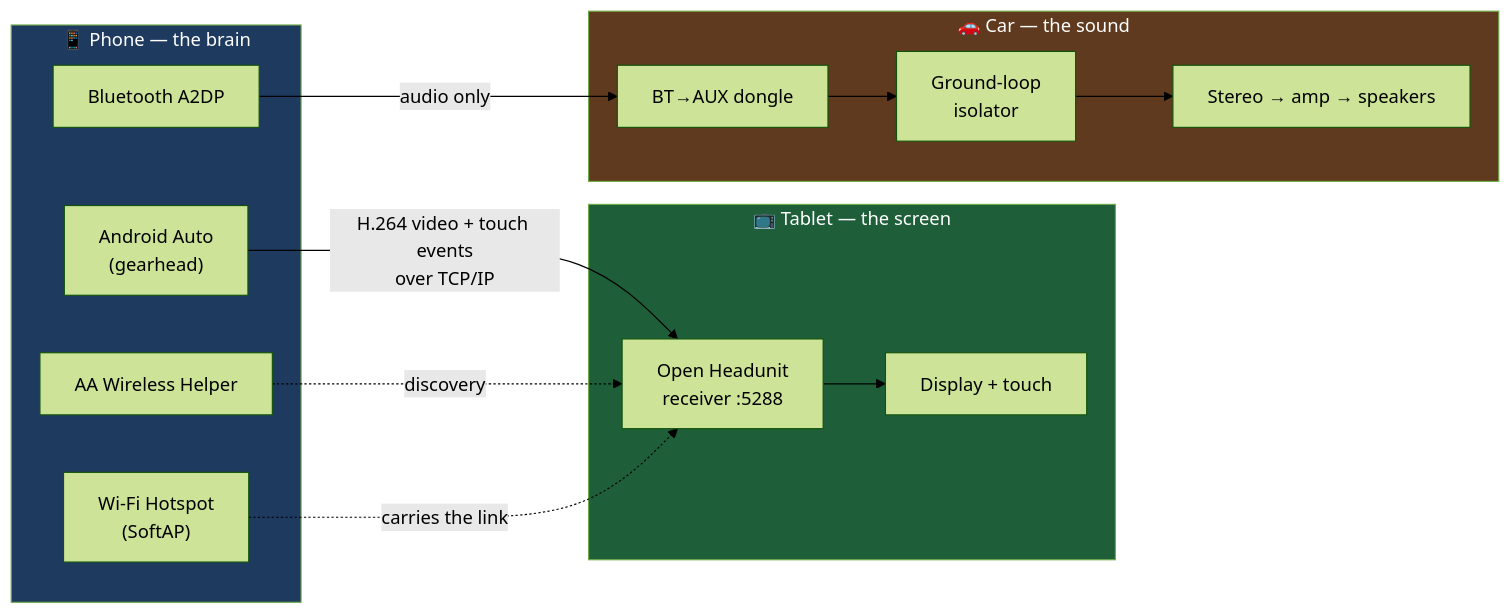
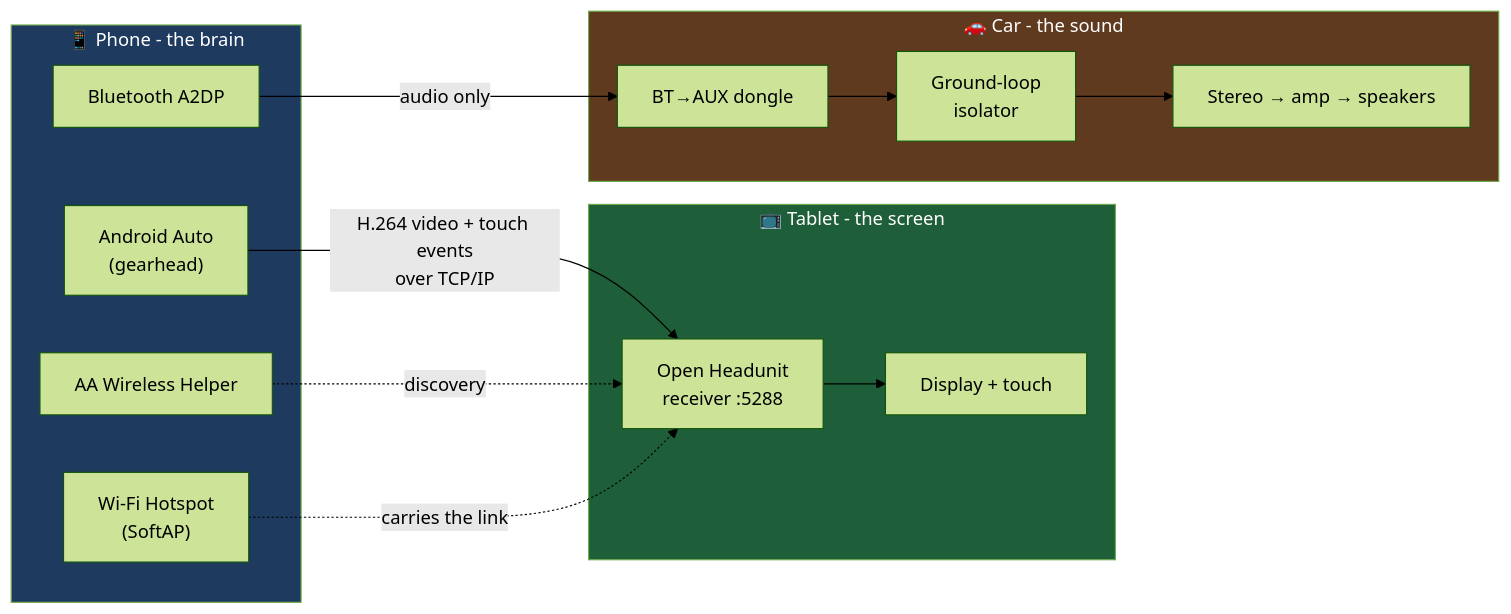
Before and after one commit to AbhiCollegeWork/thardeck: the diagram in README.md, drawn with Mermaid (forest theme). The commit also changed other lines of this file and 23 other files, not shown here.

First line of the commit message:
Rename to Thar Deck, adopt house style, fix diagram rendering

````diff
--- a/README.md
+++ b/README.md
@@ -15,30 +19,30 @@
 ```mermaid
 flowchart LR
-    subgraph PHONE["📱 Phone — the brain"]
+    subgraph PHONE["📱 Phone - the brain"]
         AA["Android Auto<br/>(gearhead)"]
         WH["AA Wireless Helper"]
         HS["Wi-Fi Hotspot<br/>(SoftAP)"]
         BT["Bluetooth A2DP"]
     end
 
-    subgraph TAB["📺 Tablet — the screen"]
+    subgraph TAB["📺 Tablet - the screen"]
         OHU["Open Headunit<br/>receiver :5288"]
         SCR["Display + touch"]
     end
 
-    subgraph CAR["🚗 Car — the sound"]
+    subgraph CAR["🚗 Car - the sound"]
         DGL["BT→AUX dongle"]
         ISO["Ground-loop<br/>isolator"]
         AMP["Stereo → amp → speakers"]
     end
 
     AA -- "H.264 video + touch events<br/>over TCP/IP" --> OHU
     WH -.->|discovery| OHU
     HS -.->|carries the link| OHU
     OHU --> SCR
     BT -- "audio only" --> DGL --> ISO --> AMP
 
     style PHONE fill:#1e3a5f,color:#fff
     style TAB fill:#1e5f3a,color:#fff
     style CAR fill:#5f3a1e,color:#fff
 ```
````
